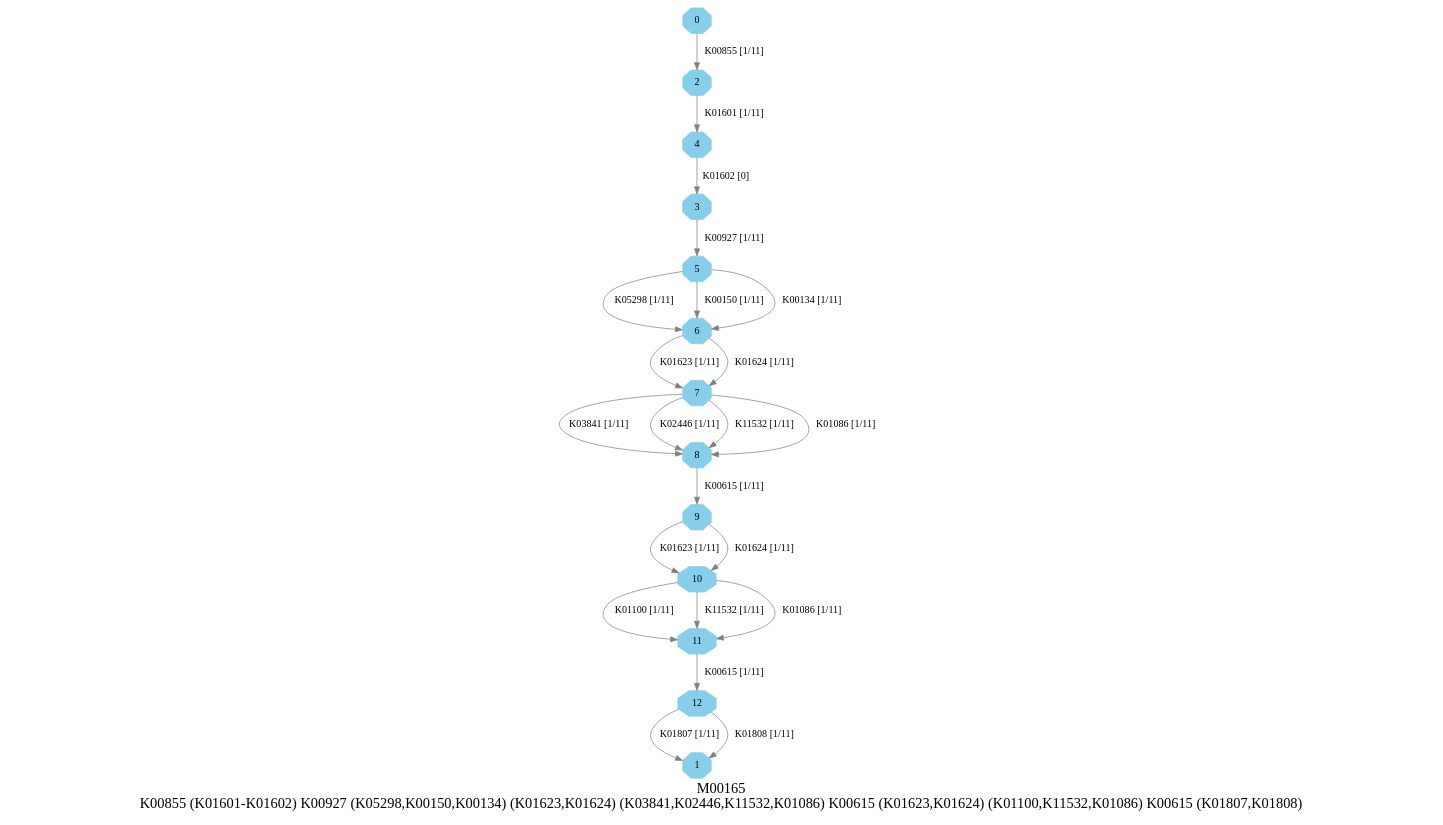
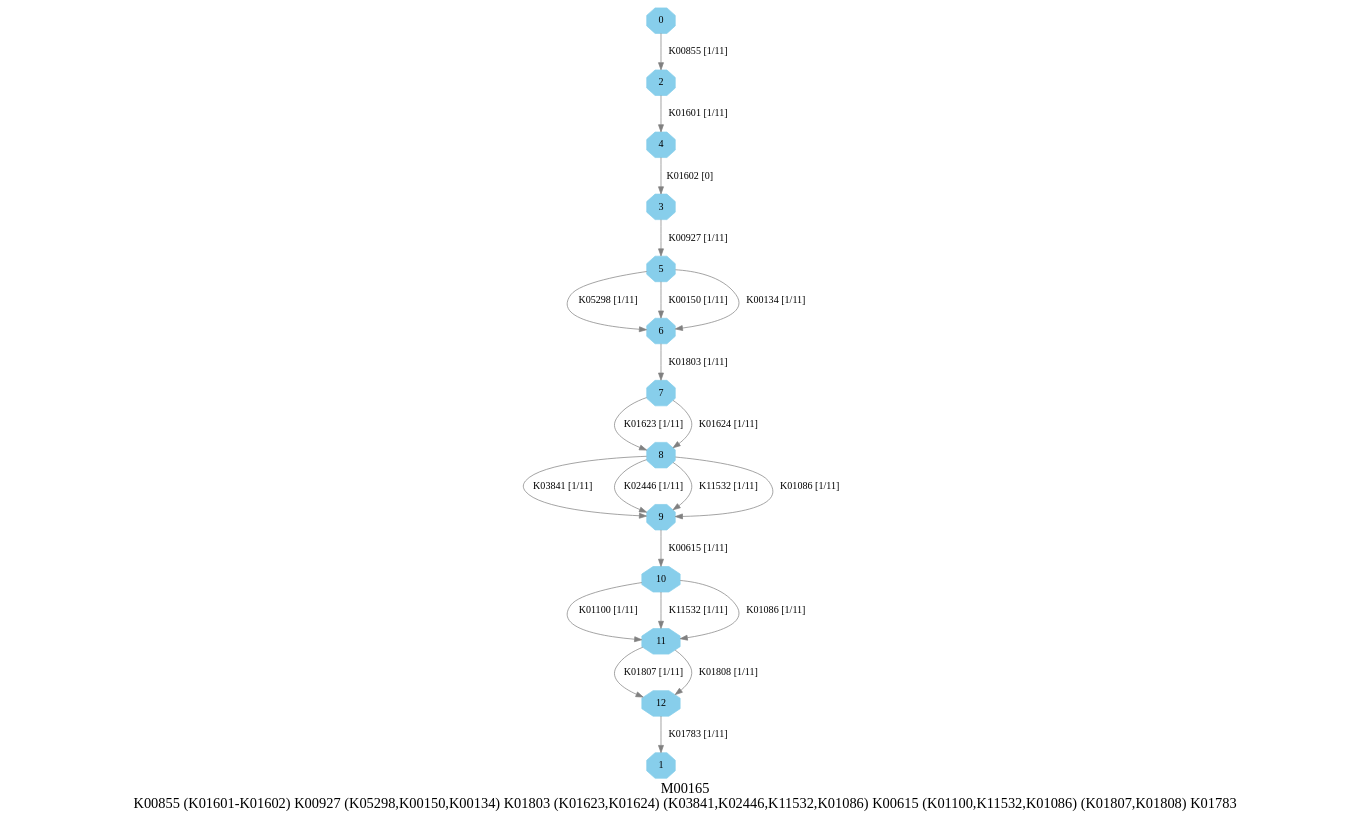
The diagram in graphs/dots/M00165.dot (EBI-Metagenomics/kegg-pathways-completeness-tool), drawn with Graphviz before and after one commit. The commit also changed 654 other files, not shown here.

```diff
--- a/graphs/dots/M00165.dot
+++ b/graphs/dots/M00165.dot
@@ -1,29 +1,28 @@
 digraph G {
 graph [label="M00165
-K00855 (K01601-K01602) K00927 (K05298,K00150,K00134) (K01623,K01624) (K03841,K02446,K11532,K01086) K00615 (K01623,K01624) (K01100,K11532,K01086) K00615 (K01807,K01808)",fontsize=20];
+K00855 (K01601-K01602) K00927 (K05298,K00150,K00134) K01803 (K01623,K01624) (K03841,K02446,K11532,K01086) K00615 (K01100,K11532,K01086) (K01807,K01808) K01783",fontsize=20];
 node [shape=box,style=filled];
 edge [len=3,color=grey];
 {node [width=.3,height=.3,shape=octagon,style=filled,color=skyblue] 0 1 2 3 4 5 6 7 8 9 10 11 12 }
 0 -> 2 [label="K00855 [1/11]"];
 2 -> 4 [label="K01601 [1/11]"];
 3 -> 5 [label="K00927 [1/11]"];
 4 -> 3 [label="K01602 [0]"];
 5 -> 6 [label="K05298 [1/11]"];
 5 -> 6 [label="K00150 [1/11]"];
 5 -> 6 [label="K00134 [1/11]"];
-6 -> 7 [label="K01623 [1/11]"];
-6 -> 7 [label="K01624 [1/11]"];
-7 -> 8 [label="K03841 [1/11]"];
-7 -> 8 [label="K02446 [1/11]"];
-7 -> 8 [label="K11532 [1/11]"];
-7 -> 8 [label="K01086 [1/11]"];
-8 -> 9 [label="K00615 [1/11]"];
-9 -> 10 [label="K01623 [1/11]"];
-9 -> 10 [label="K01624 [1/11]"];
+6 -> 7 [label="K01803 [1/11]"];
+7 -> 8 [label="K01623 [1/11]"];
+7 -> 8 [label="K01624 [1/11]"];
+8 -> 9 [label="K03841 [1/11]"];
+8 -> 9 [label="K02446 [1/11]"];
+8 -> 9 [label="K11532 [1/11]"];
+8 -> 9 [label="K01086 [1/11]"];
+9 -> 10 [label="K00615 [1/11]"];
 10 -> 11 [label="K01100 [1/11]"];
 10 -> 11 [label="K11532 [1/11]"];
 10 -> 11 [label="K01086 [1/11]"];
-11 -> 12 [label="K00615 [1/11]"];
-12 -> 1 [label="K01807 [1/11]"];
-12 -> 1 [label="K01808 [1/11]"];
+11 -> 12 [label="K01807 [1/11]"];
+11 -> 12 [label="K01808 [1/11]"];
+12 -> 1 [label="K01783 [1/11]"];
 }
```
